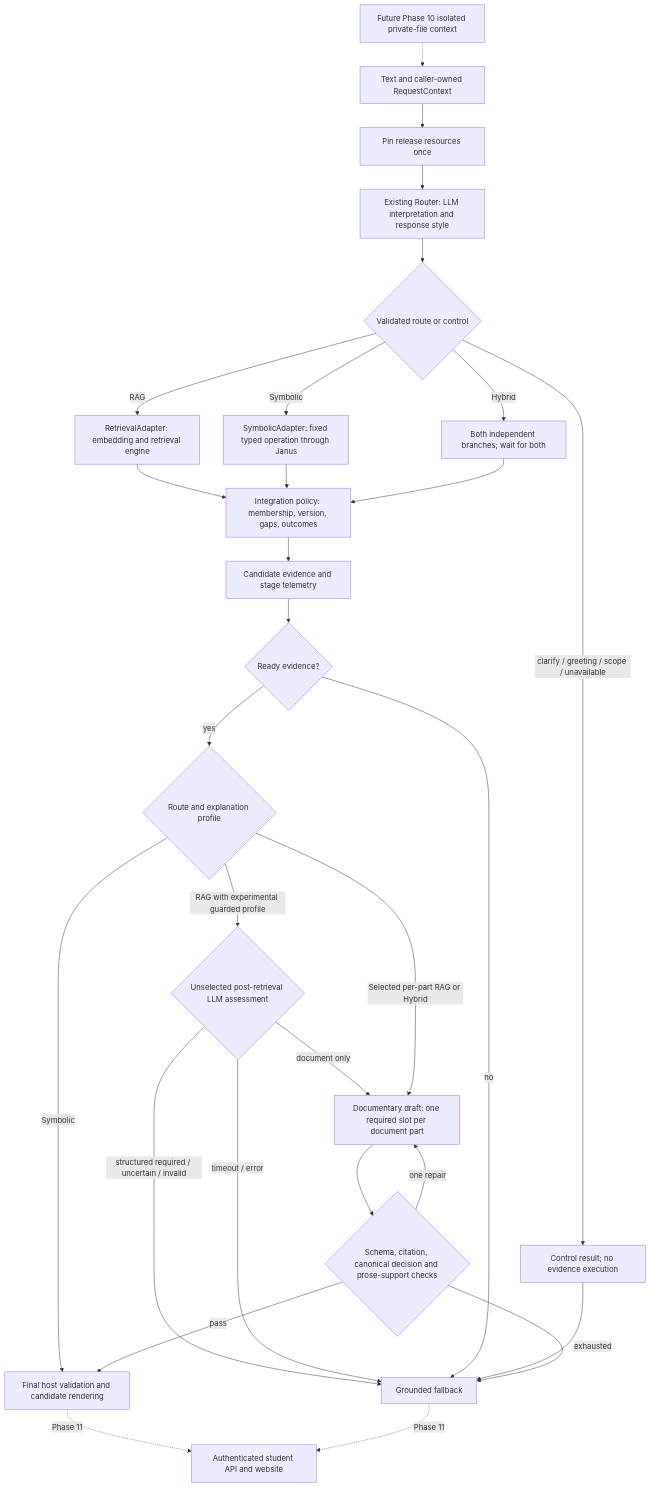
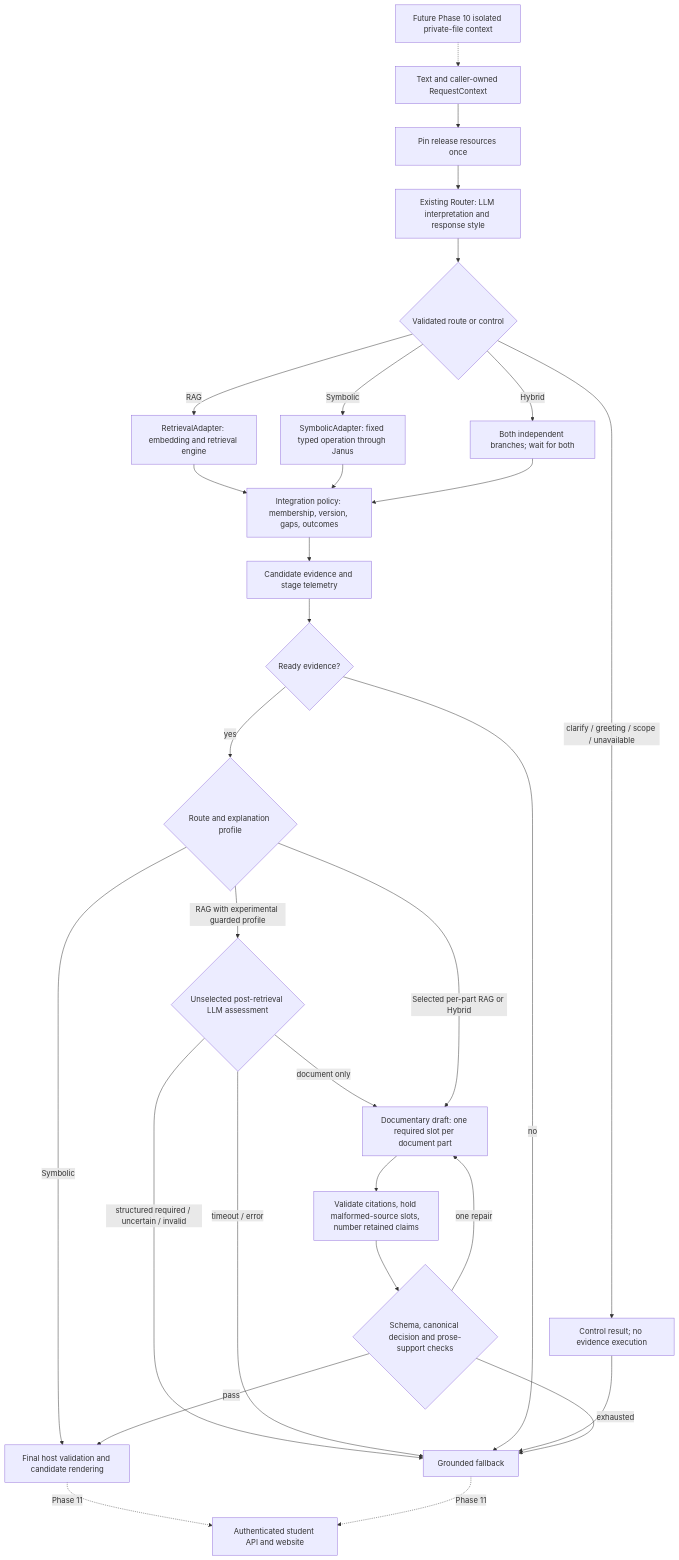
The second of 2 diagrams in docs/development/pipelines.md (bintanong420/Bintanong), drawn with Mermaid before and after one commit. The commit also changed 5 other files, not shown here.

````diff
--- a/docs/development/pipelines.md
+++ b/docs/development/pipelines.md
@@ -62,31 +62,32 @@
 ```mermaid
 flowchart TD
     Q[Text and caller-owned RequestContext] --> P[Pin release resources once]
     P --> L[Existing Router: LLM interpretation and response style]
     L --> G{Validated route or control}
     G -->|clarify / greeting / scope / unavailable| C[Control result; no evidence execution]
     G -->|RAG| R[RetrievalAdapter: embedding and retrieval engine]
     G -->|Symbolic| S[SymbolicAdapter: fixed typed operation through Janus]
     G -->|Hybrid| H[Both independent branches; wait for both]
     R --> I[Integration policy: membership, version, gaps, outcomes]
     S --> I
     H --> I
     I --> E[Candidate evidence and stage telemetry]
     E --> K{Ready evidence?}
     K -->|yes| X{Route and explanation profile}
     X -->|RAG with experimental guarded profile| PG{Unselected post-retrieval LLM assessment}
     PG -->|document only| D[Documentary draft: one required slot per document part]
     PG -->|structured required / uncertain / invalid| B
     PG -->|timeout / error| B
     X -->|Selected per-part RAG or Hybrid| D
     X -->|Symbolic| A
     K -->|no| B
     C --> B
-    D --> V{Schema, citation, canonical decision and prose-support checks}
+    D --> SH[Validate citations, hold malformed-source slots, number retained claims]
+    SH --> V{Schema, canonical decision and prose-support checks}
     V -->|pass| A[Final host validation and candidate rendering]
     V -->|one repair| D
     V -->|exhausted| B[Grounded fallback]
     A -. Phase 11 .-> U[Authenticated student API and website]
     B -. Phase 11 .-> U
     F[Future Phase 10 isolated private-file context] -.-> Q
 ```
````
